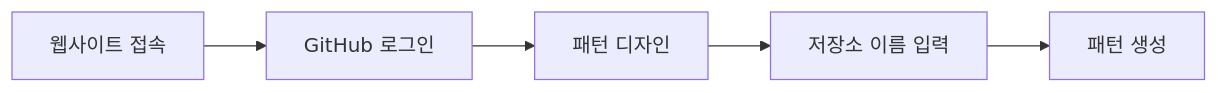
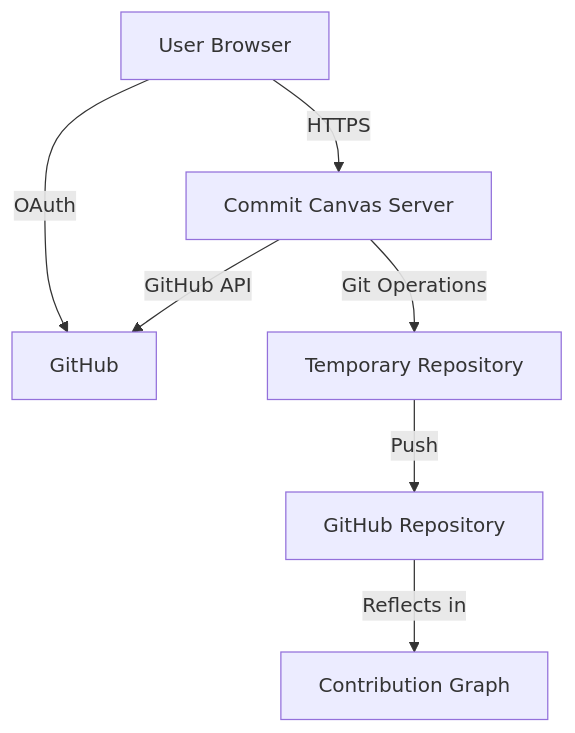
The diagram in README.md (in-jun/commit-canvas), drawn with Mermaid before and after one commit. The commit also changed other lines of this file and 3 other files, not shown here.

````diff
--- a/README.md
+++ b/README.md
@@ -85,7 +96,9 @@
 ```mermaid
-graph LR
-    A[웹사이트 접속] --> B[GitHub 로그인]
-    B --> C[패턴 디자인]
-    C --> D[저장소 이름 입력]
-    D --> E[패턴 생성]
+graph TB
+    A[User Browser] -->|OAuth| B[GitHub]
+    A -->|HTTPS| C[Commit Canvas Server]
+    C -->|GitHub API| B
+    C -->|Git Operations| D[Temporary Repository]
+    D -->|Push| E[GitHub Repository]
+    E -->|Reflects in| F[Contribution Graph]
 ```
````
